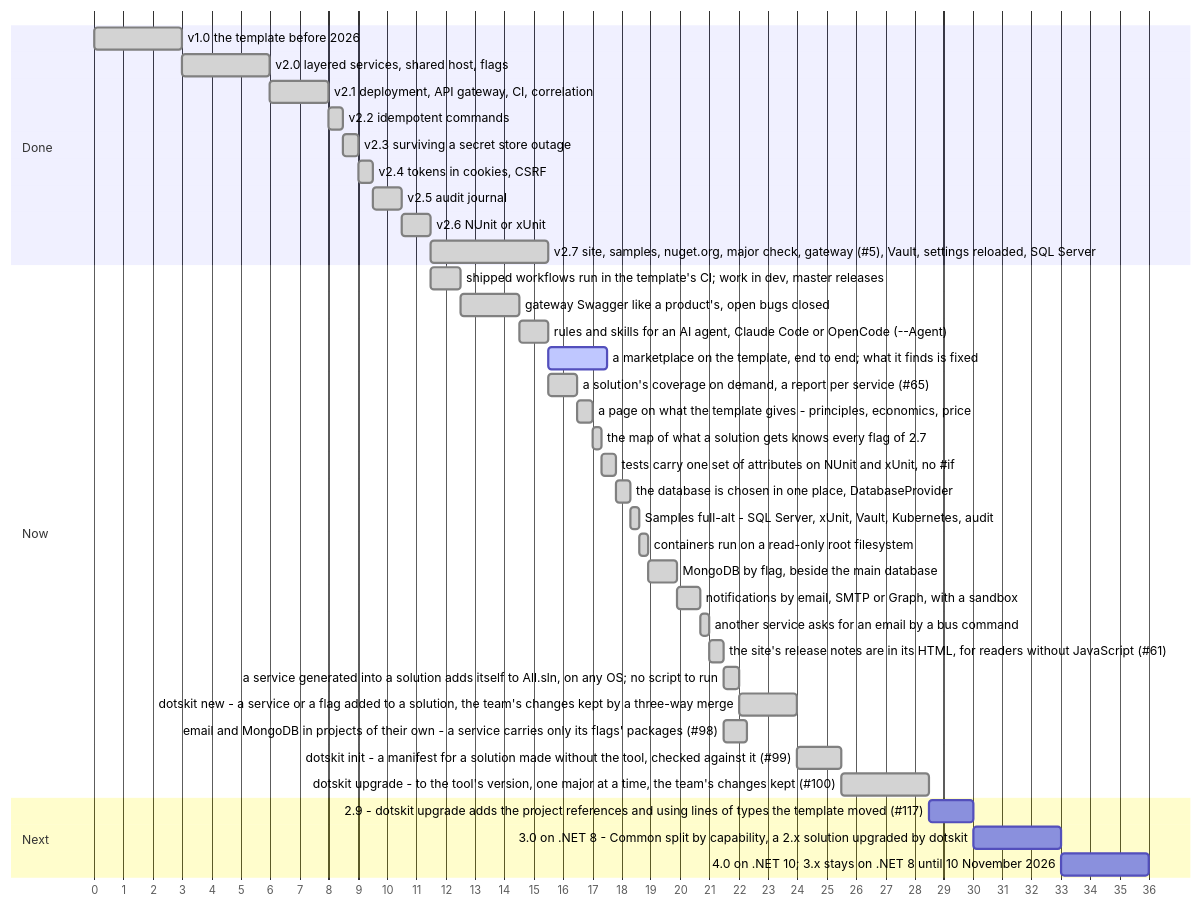
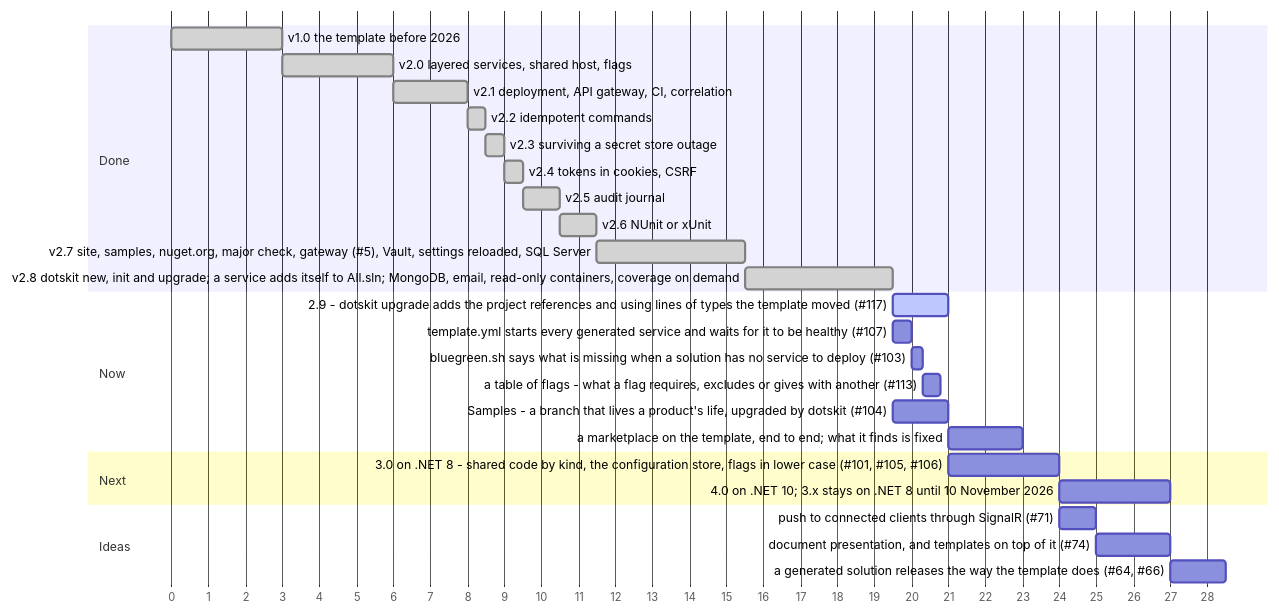
The diagram in docs/roadmap.ru.md (sawking-tech/DotNetSolutionKit), drawn with Mermaid before and after one commit. The commit also changed other lines of this file and 5 other files, not shown here.

First line of the commit message:
docs: the texts of 2.8 - the headline, the roadmap, the front page and the package say the template and its tool (#125)

````diff
--- a/docs/roadmap.ru.md
+++ b/docs/roadmap.ru.md
@@ -5,44 +5,35 @@
 ```mermaid
 gantt
     dateFormat X
     axisFormat %s
     tickInterval 1second
 
     section Done
     v1.0 the template before 2026                         :done, s1, 0, 3000ms
     v2.0 layered services, shared host, flags             :done, s2, after s1, 3000ms
     v2.1 deployment, API gateway, CI, correlation         :done, s3, after s2, 2000ms
     v2.2 idempotent commands                              :done, s4, after s3, 500ms
     v2.3 surviving a secret store outage                  :done, s5, after s4, 500ms
     v2.4 tokens in cookies, CSRF                          :done, s6, after s5, 500ms
     v2.5 audit journal                                    :done, s7, after s6, 1000ms
     v2.6 NUnit or xUnit                                   :done, s8, after s7, 1000ms
     v2.7 site, samples, nuget.org, major check, gateway (#5), Vault, settings reloaded, SQL Server :done, s9, after s8, 4000ms
+    v2.8 dotskit new, init and upgrade; a service adds itself to All.sln; MongoDB, email, read-only containers, coverage on demand :done, s10, after s9, 4000ms
 
     section Now
-    shipped workflows run in the template's CI; work in dev, master releases :done, s10, after s8, 1000ms
-    gateway Swagger like a product's, open bugs closed :done, s11, after s10, 2000ms
-    rules and skills for an AI agent, Claude Code or OpenCode (--Agent) :done, s12, after s11, 1000ms
-    a marketplace on the template, end to end; what it finds is fixed :active, s13, after s12, 2000ms
-    a solution's coverage on demand, a report per service (#65) :done, s14, after s9, 1000ms
-    a page on what the template gives - principles, economics, price :done, s16, after s14, 500ms
-    the map of what a solution gets knows every flag of 2.7 :done, s17, after s16, 300ms
-    tests carry one set of attributes on NUnit and xUnit, no #if :done, s18, after s17, 500ms
-    the database is chosen in one place, DatabaseProvider :done, s19, after s18, 500ms
-    Samples full-alt - SQL Server, xUnit, Vault, Kubernetes, audit :done, s20, after s19, 300ms
-    containers run on a read-only root filesystem :done, s21, after s20, 300ms
-    MongoDB by flag, beside the main database :done, s22, after s21, 1000ms
-    notifications by email, SMTP or Graph, with a sandbox :done, s23, after s22, 800ms
-    another service asks for an email by a bus command :done, s24, after s23, 300ms
-    the site's release notes are in its HTML, for readers without JavaScript (#61) :done, s25, after s24, 500ms
-    a service generated into a solution adds itself to All.sln, on any OS; no script to run :done, s26, after s25, 500ms
-    dotskit new - a service or a flag added to a solution, the team's changes kept by a three-way merge :done, s27, after s26, 2000ms
-    email and MongoDB in projects of their own - a service carries only its flags' packages (#98) :done, s28, after s25, 800ms
-    dotskit init - a manifest for a solution made without the tool, checked against it (#99) :done, s29, after s27, 1500ms
-    dotskit upgrade - to the tool's version, one major at a time, the team's changes kept (#100) :done, s30, after s29, 3000ms
+    2.9 - dotskit upgrade adds the project references and using lines of types the template moved (#117) :active, s32, after s10, 1500ms
+    template.yml starts every generated service and waits for it to be healthy (#107) :s33, after s10, 500ms
+    bluegreen.sh says what is missing when a solution has no service to deploy (#103) :s34, after s33, 300ms
+    a table of flags - what a flag requires, excludes or gives with another (#113) :s35, after s34, 500ms
+    Samples - a branch that lives a product's life, upgraded by dotskit (#104) :s36, after s10, 1500ms
+    a marketplace on the template, end to end; what it finds is fixed :s13, after s36, 2000ms
 
     section Next
-    2.9 - dotskit upgrade adds the project references and using lines of types the template moved (#117) :s32, after s30, 1500ms
-    3.0 on .NET 8 - Common split by capability, a 2.x solution upgraded by dotskit :s15, after s32, 3000ms
+    3.0 on .NET 8 - shared code by kind, the configuration store, flags in lower case (#101, #105, #106) :s15, after s32, 3000ms
     4.0 on .NET 10; 3.x stays on .NET 8 until 10 November 2026 :s31, after s15, 3000ms
+
+    section Ideas
+    push to connected clients through SignalR (#71) :s37, after s15, 1000ms
+    document presentation, and templates on top of it (#74) :s38, after s37, 2000ms
+    a generated solution releases the way the template does (#64, #66) :s39, after s38, 1500ms
 ```
````
